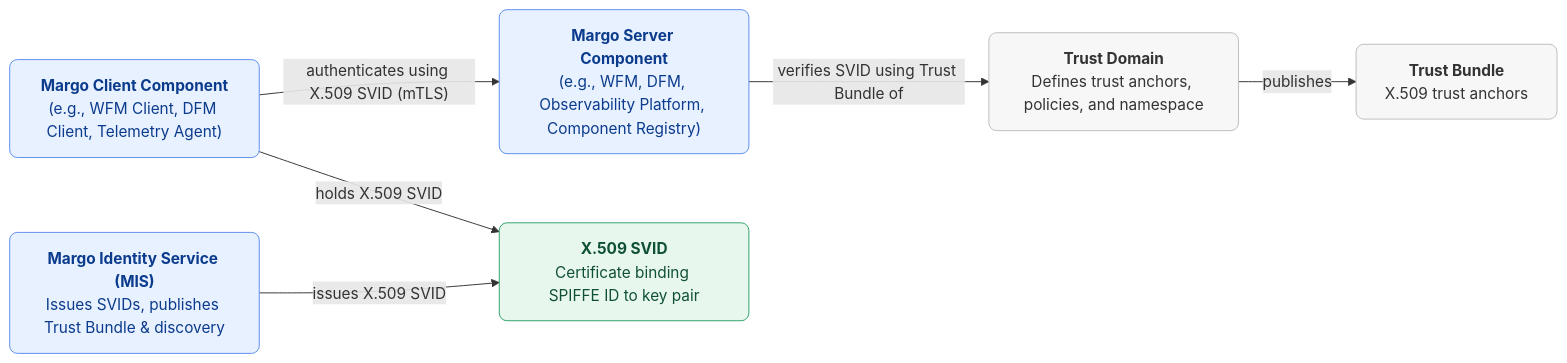
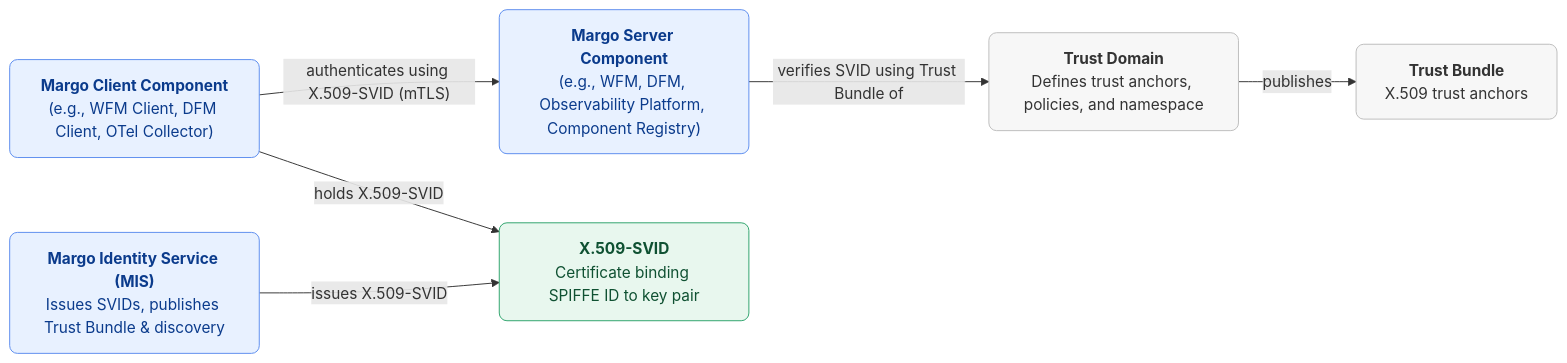
Before and after one commit to margo/general_website_content: the diagram in system-design/concepts/identity/identity-and-trust.md, drawn with Mermaid. The commit also changed other lines of this file and 2 other files, not shown here.

````diff
--- a/system-design/concepts/identity/identity-and-trust.md
+++ b/system-design/concepts/identity/identity-and-trust.md
@@ -24,29 +24,29 @@
 ```mermaid
 flowchart LR
  Client["`**Margo Client Component**
- (e.g., WFM Client, DFM Client, Telemetry Agent)`"]
+ (e.g., WFM Client, DFM Client, OTel Collector)`"]
  Server["`**Margo Server Component**
  (e.g., WFM, DFM, Observability Platform, Component Registry)`"]
  MIS["`**Margo Identity Service (MIS)**
  Issues SVIDs, publishes Trust Bundle & discovery`"]
  TD["`**Trust Domain**
  Defines trust anchors, policies, and namespace`"]
- X509["`**X.509 SVID**
+ X509["`**X.509-SVID**
  Certificate binding SPIFFE ID to key pair`"]
  TB["`**Trust Bundle**
  X.509 trust anchors`"]
 
- Client -->|"holds X.509 SVID"| X509
- MIS -->|"issues X.509 SVID"| X509
- Client -->|"authenticates using X.509 SVID (mTLS)"| Server
+ Client -->|"holds X.509-SVID"| X509
+ MIS -->|"issues X.509-SVID"| X509
+ Client -->|"authenticates using X.509-SVID (mTLS)"| Server
  Server -->|"verifies SVID using Trust Bundle of"| TD
  TD -->|"publishes"| TB
 
  classDef comp fill:#e8f1ff,stroke:#5b8def,stroke-width:1px,rx:8px,ry:8px,color:#0b3b8c;
  classDef ident fill:#e8f7ee,stroke:#2ca36b,stroke-width:1px,rx:8px,ry:8px,color:#0f5132;
  classDef trust fill:#f7f7f7,stroke:#bdbdbd,stroke-width:1px,rx:8px,ry:8px,color:#333;
 
  class Client,Server,MIS comp;
  class X509 ident;
  class TD,TB trust;
 ```
````
